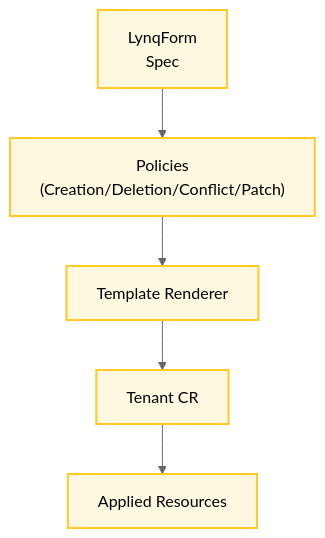
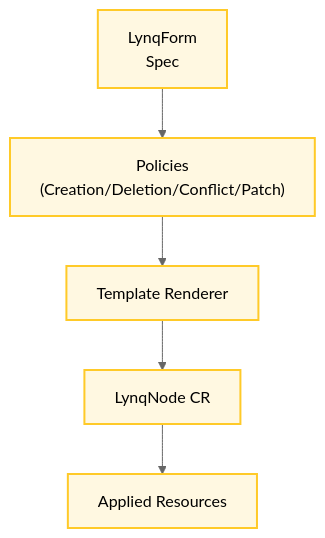
One commit to kubernetes-tenants/tenant-operator changed the diagram in docs/configuration.md. Above: the diagram before and after it, drawn with Mermaid (neutral theme). The commit also changed other lines of this file and 20 other files, not shown here.

Commit message:
Update documentation to use LynqNode instead of Tenant

````diff
--- a/docs/configuration.md
+++ b/docs/configuration.md
@@ -107,13 +107,13 @@
 ```mermaid
 flowchart TB
     Template["LynqForm<br/>Spec"]
     Policies["Policies<br/>(Creation/Deletion/Conflict/Patch)"]
     Renderer["Template Renderer"]
-    Tenant["Tenant CR"]
+    Tenant["LynqNode CR"]
     Resources["Applied Resources"]
 
     Template --> Policies --> Renderer --> Tenant --> Resources
 
     classDef block fill:#fff8e1,stroke:#ffca28,stroke-width:2px;
     class Template,Policies,Renderer,Tenant,Resources block;
 ```
````
